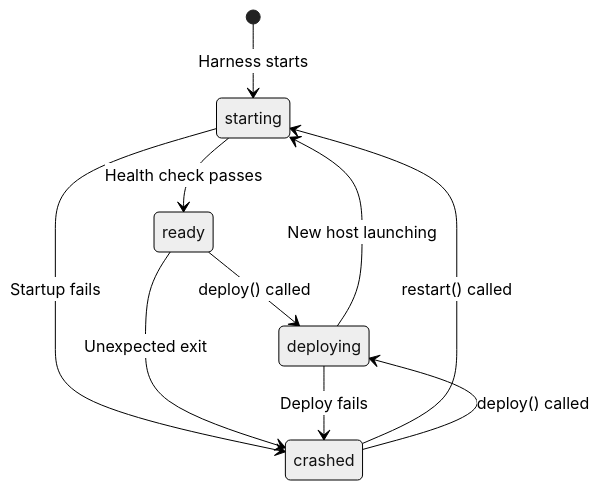
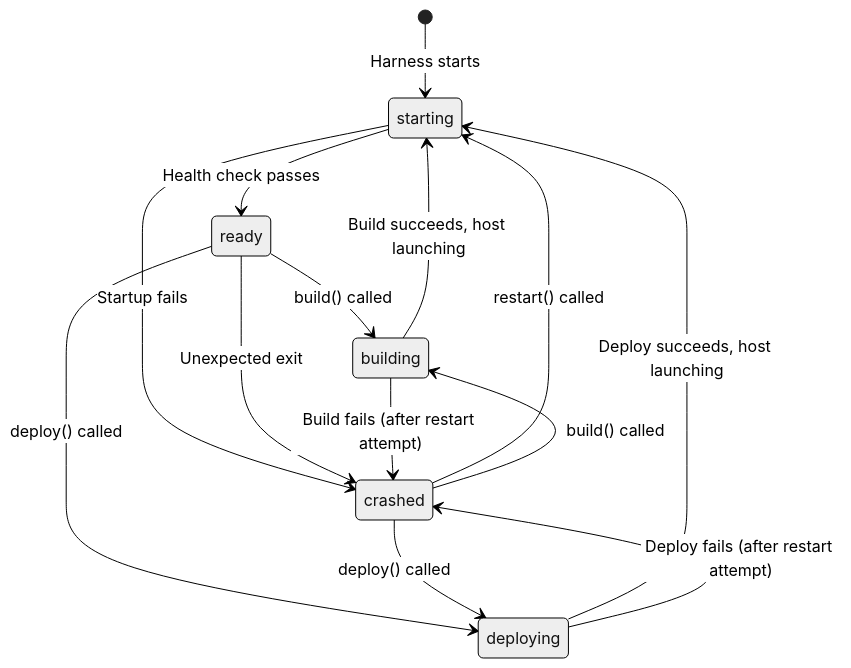
The second of 2 diagrams in docs/flows/future/dev-harness/tool-call-routing.md (RepoQL/RepoQL), drawn with Mermaid (neutral theme) before and after one commit. The commit also changed other lines of this file and 12 other files, not shown here.

First line of the commit message:
Add dev harness design, flow, and plan documentation

````diff
--- a/docs/flows/future/dev-harness/tool-call-routing.md
+++ b/docs/flows/future/dev-harness/tool-call-routing.md
@@ -177,16 +196,21 @@
 ```mermaid
 stateDiagram-v2
     [*] --> starting: Harness starts
 
     starting --> ready: Health check passes
     starting --> crashed: Startup fails
 
+    ready --> building: build() called
     ready --> deploying: deploy() called
     ready --> crashed: Unexpected exit
 
-    deploying --> starting: New host launching
-    deploying --> crashed: Deploy fails
+    building --> starting: Build succeeds, host launching
+    building --> crashed: Build fails (after restart attempt)
+
+    deploying --> starting: Deploy succeeds, host launching
+    deploying --> crashed: Deploy fails (after restart attempt)
 
     crashed --> starting: restart() called
+    crashed --> building: build() called
     crashed --> deploying: deploy() called
 ```
````
